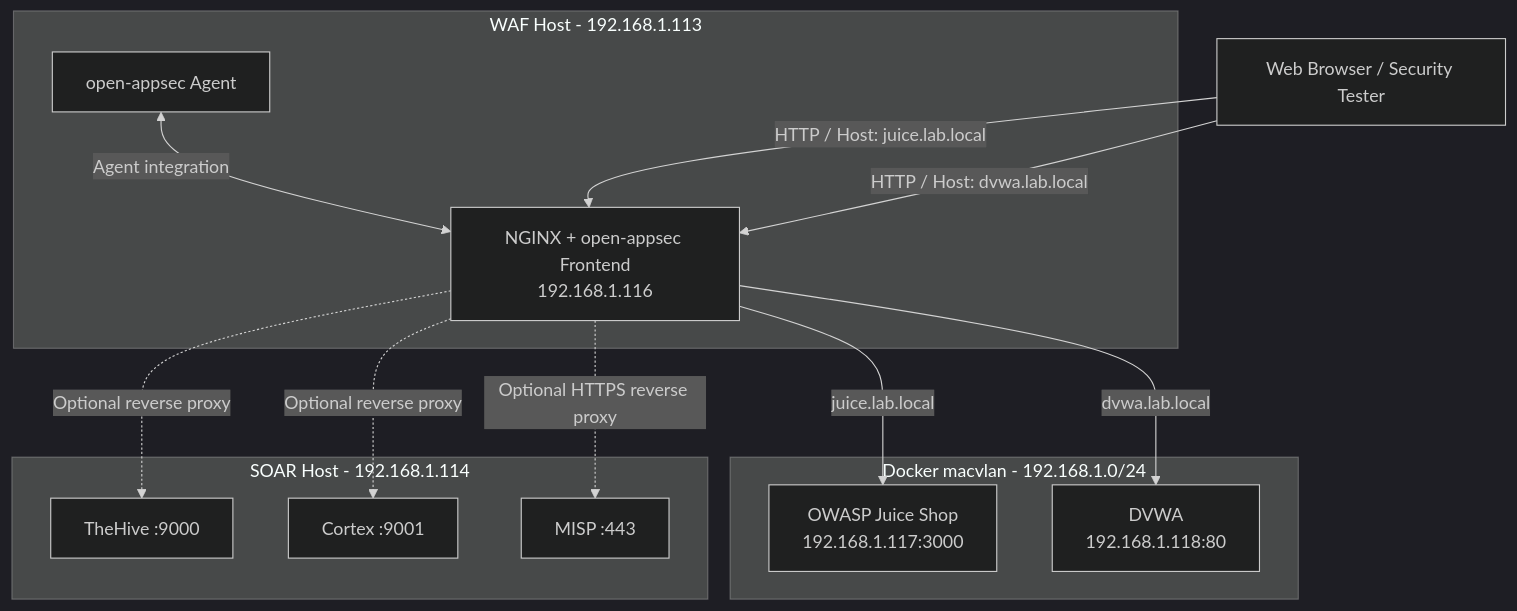
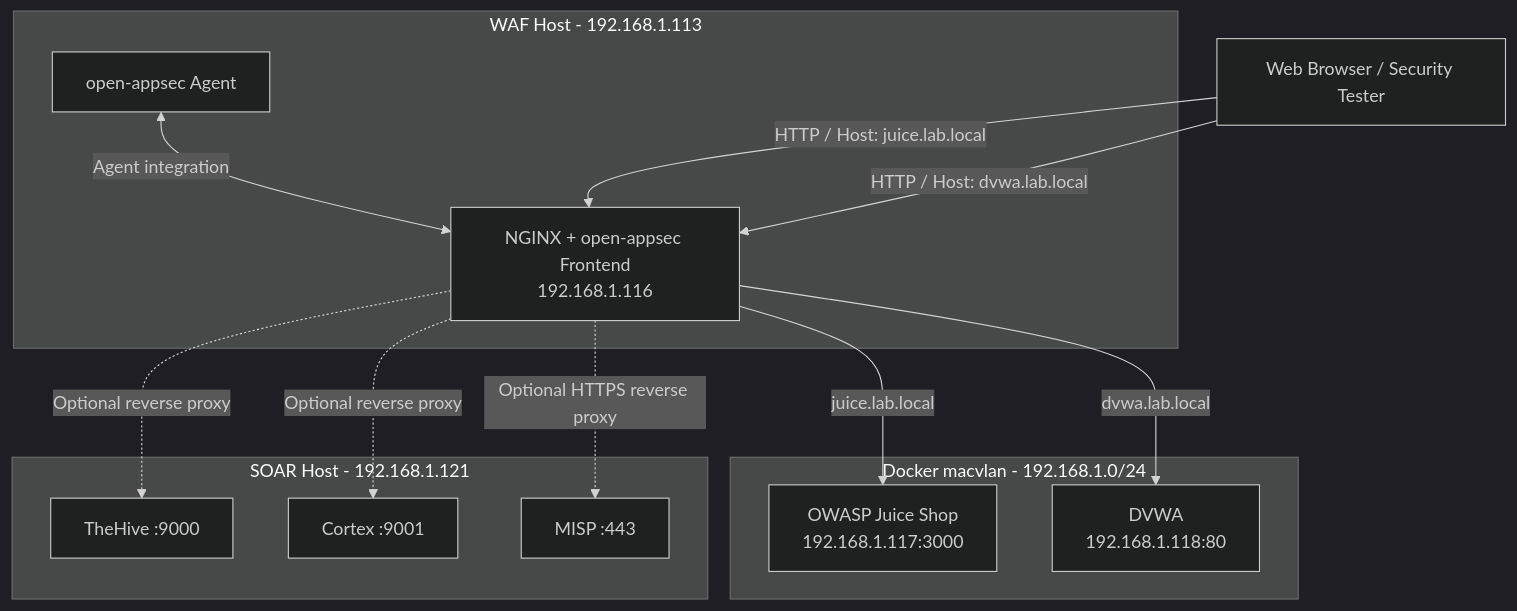
The diagram in architecture/architecture.md (Pamidipallikiran/open-appsec-waf-security-lab), drawn with Mermaid (dark theme) before and after one commit. The commit also changed other lines of this file and 6 other files, not shown here.

````diff
--- a/architecture/architecture.md
+++ b/architecture/architecture.md
@@ -16,29 +16,29 @@
 ```mermaid
 flowchart TB
     Client["Web Browser / Security Tester"]
 
     subgraph WAFVM["WAF Host - 192.168.1.113"]
         Agent["open-appsec Agent"]
         Frontend["NGINX + open-appsec Frontend<br/>192.168.1.116"]
         Agent <-->|"Agent integration"| Frontend
     end
 
     subgraph MACVLAN["Docker macvlan - 192.168.1.0/24"]
         Juice["OWASP Juice Shop<br/>192.168.1.117:3000"]
         DVWA["DVWA<br/>192.168.1.118:80"]
     end
 
-    subgraph SOAR["SOAR Host - 192.168.1.114"]
+    subgraph SOAR["SOAR Host - 192.168.1.121"]
         TheHive["TheHive :9000"]
         Cortex["Cortex :9001"]
         MISP["MISP :443"]
     end
 
     Client -->|"HTTP / Host: juice.lab.local"| Frontend
     Client -->|"HTTP / Host: dvwa.lab.local"| Frontend
     Frontend -->|"juice.lab.local"| Juice
     Frontend -->|"dvwa.lab.local"| DVWA
     Frontend -.->|"Optional reverse proxy"| TheHive
     Frontend -.->|"Optional reverse proxy"| Cortex
     Frontend -.->|"Optional HTTPS reverse proxy"| MISP
 ```
````
